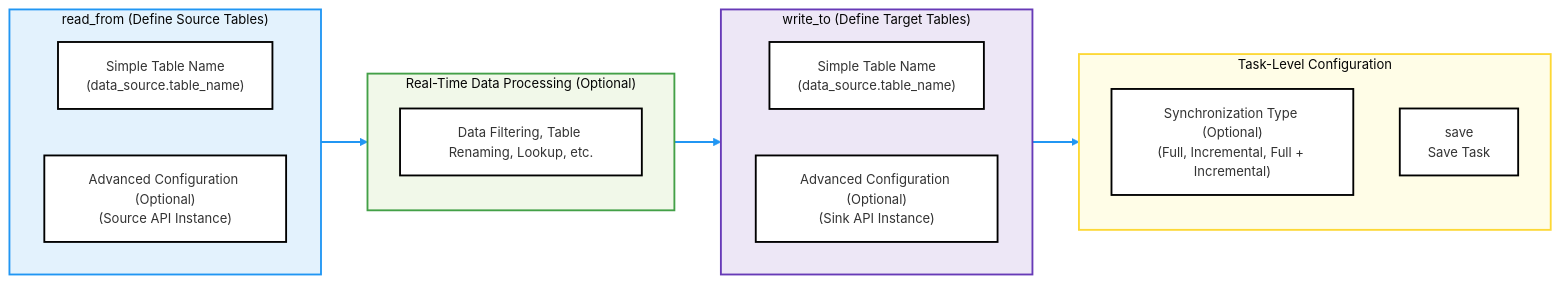
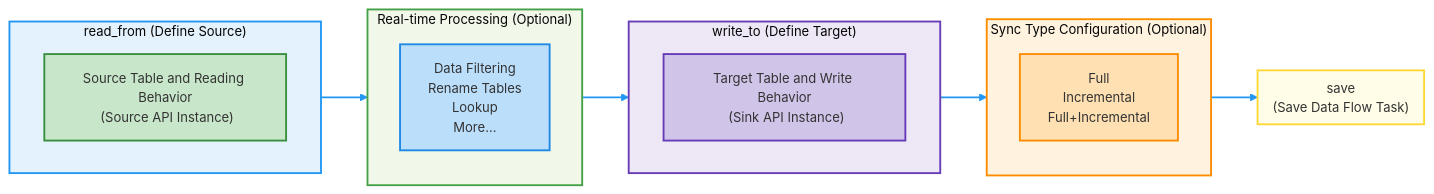
Before and after one commit to tapdata/tapdata-docs: the second of 2 diagrams in docs/tapflow/api-reference/data-flow.md, drawn with Mermaid. The commit also changed other lines of this file, not shown here.

````diff
--- a/docs/tapflow/api-reference/data-flow.md
+++ b/docs/tapflow/api-reference/data-flow.md
@@ -11,45 +97,52 @@
 ```mermaid
 %%{ init: { 'theme': 'neo', 'themeVariables': { 'primaryColor': '#1E88E5', 'edgeLabelBackground':'#F1F8E9', 'tertiaryColor': '#FAFAFA'}} }%%
-
 flowchart LR
-    %% Data Source Section
-    subgraph read_from["read_from (Define Source Tables)"]
+    %% Data Source Part
+    subgraph read_from["read_from (Define Source)"]
         direction LR
-        table1["Simple Table Name<br>(data_source.table_name)"]
-        table2["Advanced Configuration (Optional)<br>(Source API Instance)"]
+        table["Source Table and Reading Behavior<br> (Source API Instance)"]
     end
 
     %% Flow API Pipeline
-    subgraph flow_api["Real-Time Data Processing (Optional)"]
+    subgraph flow_api["Real-time Processing (Optional)"]
         direction TB
-        process_nodes["Data Filtering, Table Renaming, Lookup, etc."]
+        process_nodes["Data Filtering<br>Rename Tables<br>Lookup<br>More..."]
     end
 
-    %% Target Table Section
-    subgraph write_to["write_to (Define Target Tables)"]
+    %% Target Table Part
+    subgraph write_to["write_to (Define Target)"]
         direction LR
-        simple_target["Simple Table Name<br>(data_source.table_name)"]
-        complex_target["Advanced Configuration (Optional)<br>(Sink API Instance)"]
+        complex_target["Target Table and Write Behavior<br> (Sink API Instance)"]
     end
 
-    %% Task-Level Configuration
-    subgraph sync_and_save["Task-Level Configuration"]
+    %% Sync Type Configuration
+    subgraph sync["Sync Type Configuration (Optional)"]
         direction TB
-        sync_type["Synchronization Type (Optional)<br>(Full, Incremental, Full + Incremental)"]
-        save_task["save<br>Save Task"]
+        sync_type["Full<br>Incremental<br>Full+Incremental"]
     end
-
+    
+    %% Save Data Flow Task
+    subgraph save["save<br> (Save Data Flow Task)"]
+    end   
+    
     %% Data Flow Connections
     read_from --> process_nodes
     process_nodes --> write_to
-    write_to --> sync_and_save
+    write_to --> sync
+    sync --> save
 
     %% Style Optimization
     style read_from fill:#e3f2fd,stroke:#2196f3,stroke-width:2px,rounded
     style flow_api fill:#f1f8e9,stroke:#43a047,stroke-width:2px,rounded
     style write_to fill:#ede7f6,stroke:#673ab7,stroke-width:2px,rounded
-    style sync_and_save fill:#fffde7,stroke:#fdd835,stroke-width:2px,rounded
+    style sync fill:#fff3e0,stroke:#fb8c00,stroke-width:2px,rounded
+    style save fill:#fffde7,stroke:#fdd835,stroke-width:2px,rounded
+    style table fill:#c8e6c9,stroke:#388e3c,stroke-width:2px,rounded
+    style process_nodes fill:#bbdefb,stroke:#1e88e5,stroke-width:2px,rounded
+    style complex_target fill:#d1c4e9,stroke:#673ab7,stroke-width:2px,rounded
+    style sync_type fill:#ffe0b2,stroke:#fb8c00,stroke-width:2px,rounded
 
-    %% Connection and Arrow Style Optimization
+
+    %% Link Style Optimization
     linkStyle default stroke-width:2px,stroke:#2196f3,curve:basis
 ```
````
